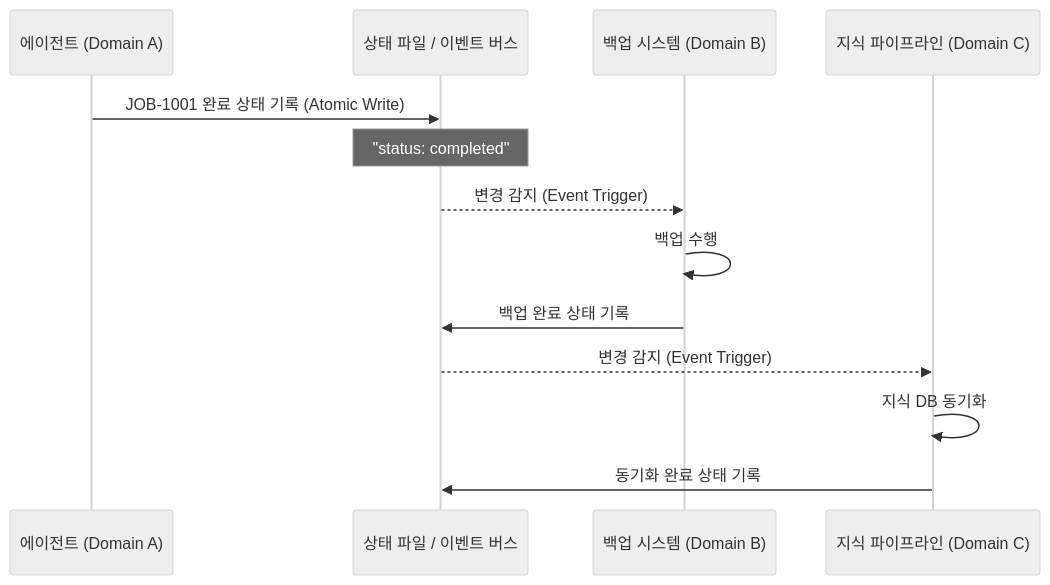
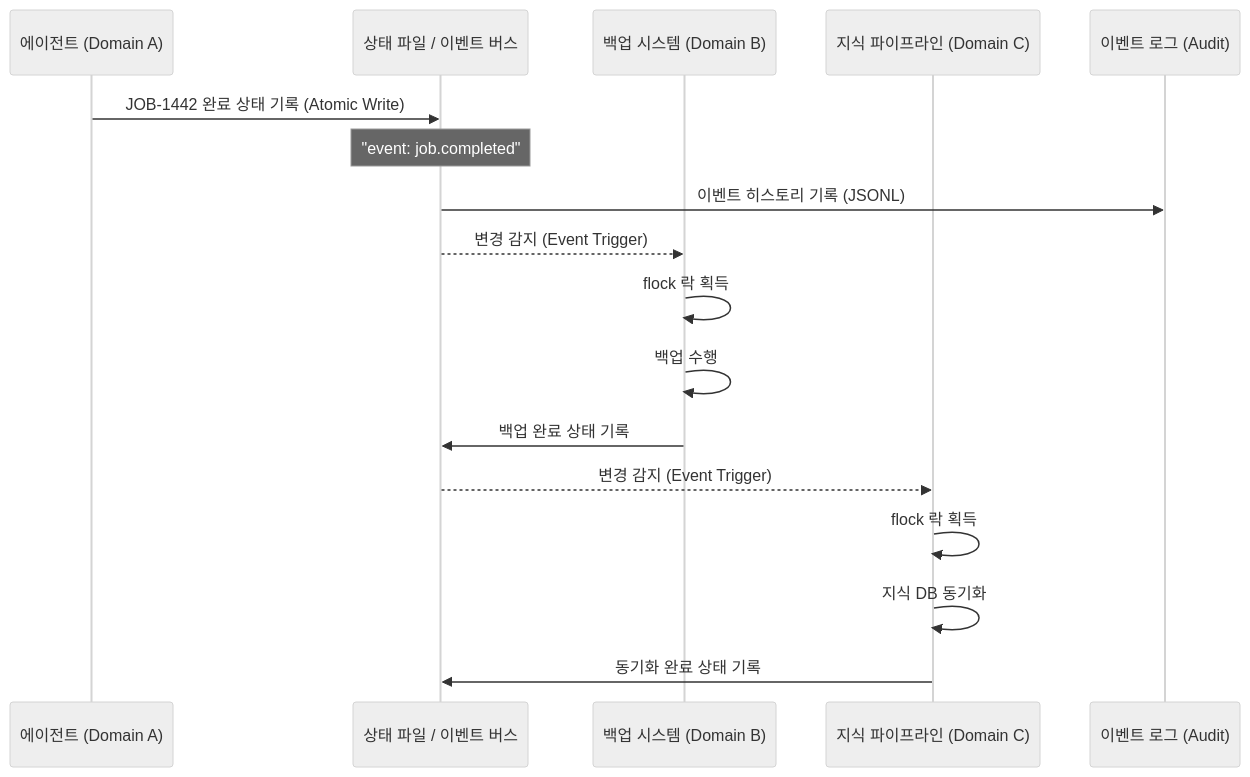
Before and after one commit to pheanor-agent/p-hermes: the diagram in docs/blog/posts/event-driven-communication.md, drawn with Mermaid (neutral theme). The commit also changed other lines of this file and 14 other files, not shown here.

````diff
--- a/docs/blog/posts/event-driven-communication.md
+++ b/docs/blog/posts/event-driven-communication.md
@@ -57,16 +175,20 @@
 ```mermaid
 sequenceDiagram
     participant A as 에이전트 (Domain A)
     participant S as 상태 파일 / 이벤트 버스
     participant B as 백업 시스템 (Domain B)
     participant K as 지식 파이프라인 (Domain C)
+    participant L as 이벤트 로그 (Audit)
 
-    A->>S: JOB-1001 완료 상태 기록 (Atomic Write)
-    Note over S: "status: completed"
+    A->>S: JOB-1442 완료 상태 기록 (Atomic Write)
+    Note over S: "event: job.completed"
+    S->>L: 이벤트 히스토리 기록 (JSONL)
     S-->>B: 변경 감지 (Event Trigger)
+    B->>B: flock 락 획득
     B->>B: 백업 수행
     B->>S: 백업 완료 상태 기록
     S-->>K: 변경 감지 (Event Trigger)
+    K->>K: flock 락 획득
     K->>K: 지식 DB 동기화
     K->>S: 동기화 완료 상태 기록
 ```
````
